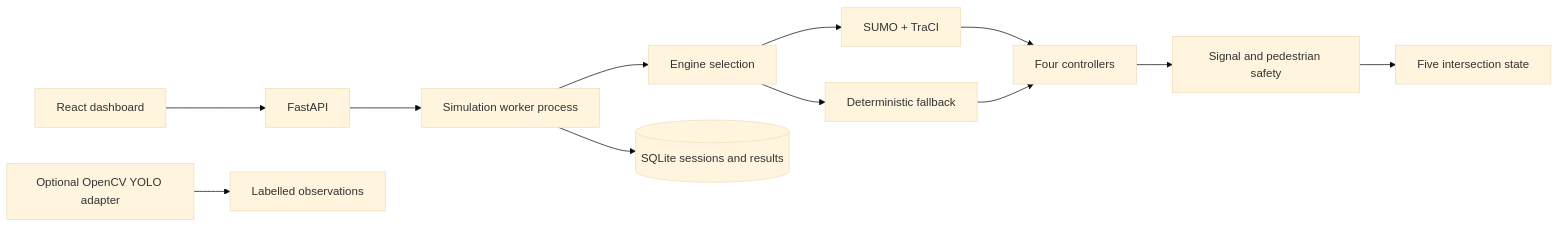
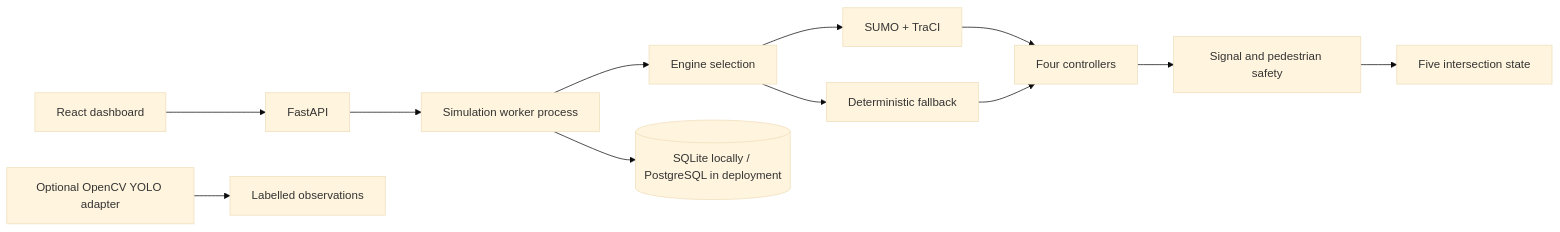
One commit to adityatawde9699/FlowSyncAI changed the diagram in README.md. Above: the diagram before and after it, drawn with Mermaid (base theme). The commit also changed other lines of this file and 17 other files, not shown here.

````diff
--- a/README.md
+++ b/README.md
@@ -101,14 +101,14 @@
 ```mermaid
 flowchart LR
   UI[React dashboard] --> API[FastAPI]
   API --> WORKER[Simulation worker process]
   WORKER --> FACTORY[Engine selection]
   FACTORY --> SUMO[SUMO + TraCI]
   FACTORY --> FALLBACK[Deterministic fallback]
   SUMO --> CONTROL[Four controllers]
   FALLBACK --> CONTROL
   CONTROL --> INTERLOCK[Signal and pedestrian safety]
   INTERLOCK --> STATE[Five intersection state]
-  WORKER --> DB[(SQLite sessions and results)]
+  WORKER --> DB[(SQLite locally / PostgreSQL in deployment)]
   VIDEO[Optional OpenCV YOLO adapter] --> OBS[Labelled observations]
 ```
````
